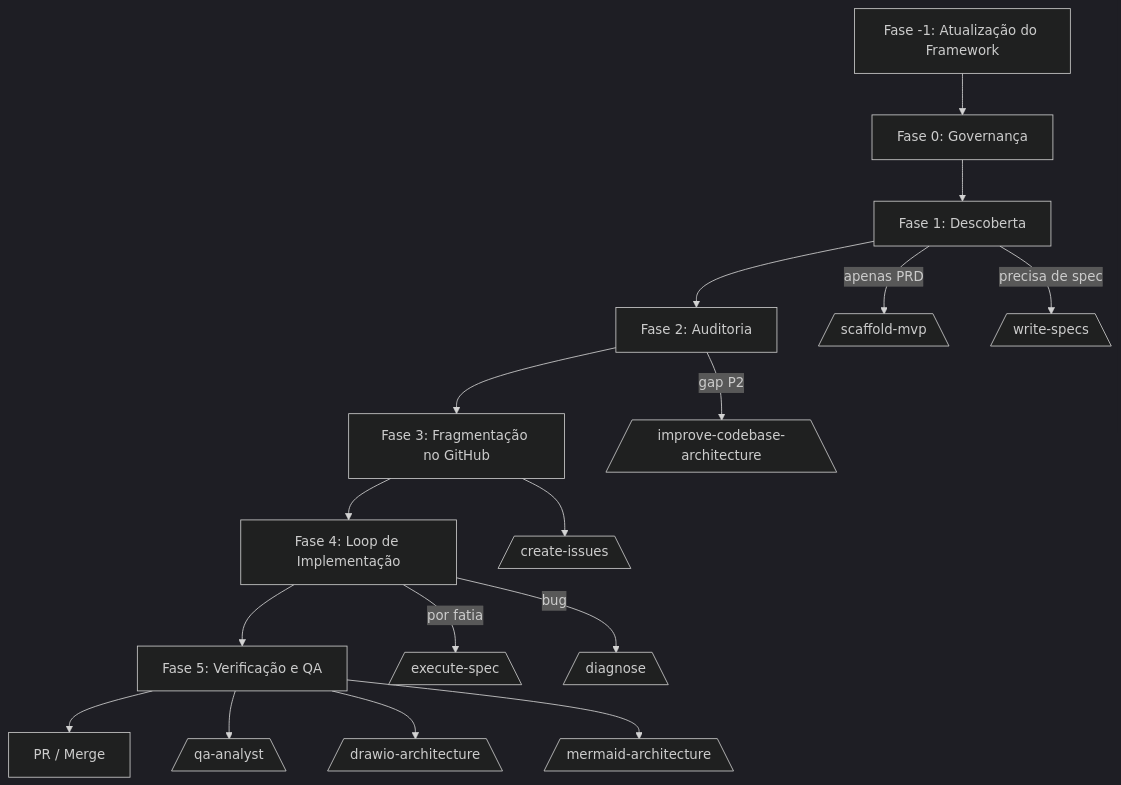
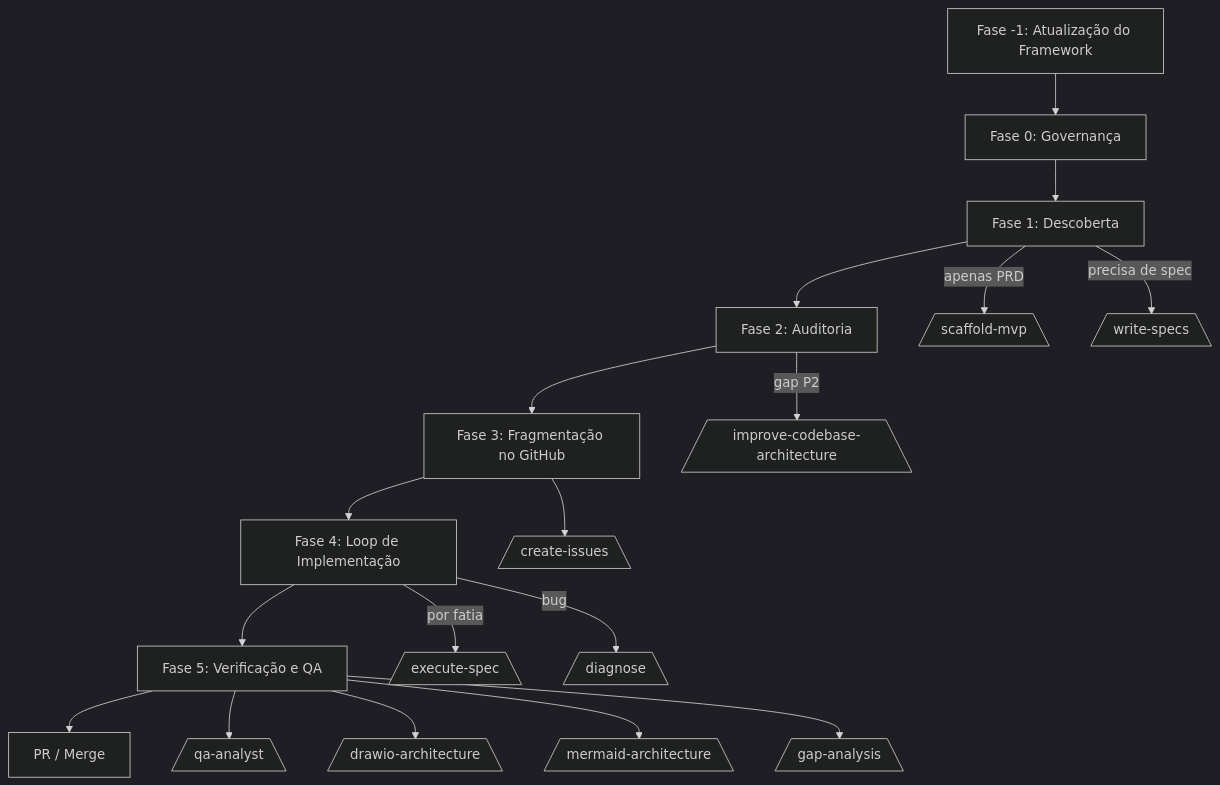
The diagram in README.pt-br.md (afonsoft/skills), drawn with Mermaid (dark theme) before and after one commit. The commit also changed other lines of this file and 17 other files, not shown here.

First line of the commit message:
feat(gap-analysis): add evidence-based gap audit skill and wire into orchestrator Phase 5

````diff
--- a/README.pt-br.md
+++ b/README.pt-br.md
@@ -22,20 +22,21 @@
 ```mermaid
 flowchart TD
     A[Fase -1: Atualização do Framework] --> B[Fase 0: Governança]
     B --> C[Fase 1: Descoberta]
     C --> D[Fase 2: Auditoria]
     D --> E[Fase 3: Fragmentação no GitHub]
     E --> F[Fase 4: Loop de Implementação]
     F --> G[Fase 5: Verificação e QA]
     G --> H[PR / Merge]
 
     C -->|apenas PRD| I[/scaffold-mvp\]
     C -->|precisa de spec| J[/write-specs\]
     D -->|gap P2| K[/improve-codebase-architecture\]
     E --> L[/create-issues\]
     F -->|por fatia| M[/execute-spec\]
     F -->|bug| N[/diagnose\]
     G --> O[/qa-analyst\]
     G --> P[/drawio-architecture\]
     G --> Q[/mermaid-architecture\]
+    G --> R[/gap-analysis\]
 ```
````
